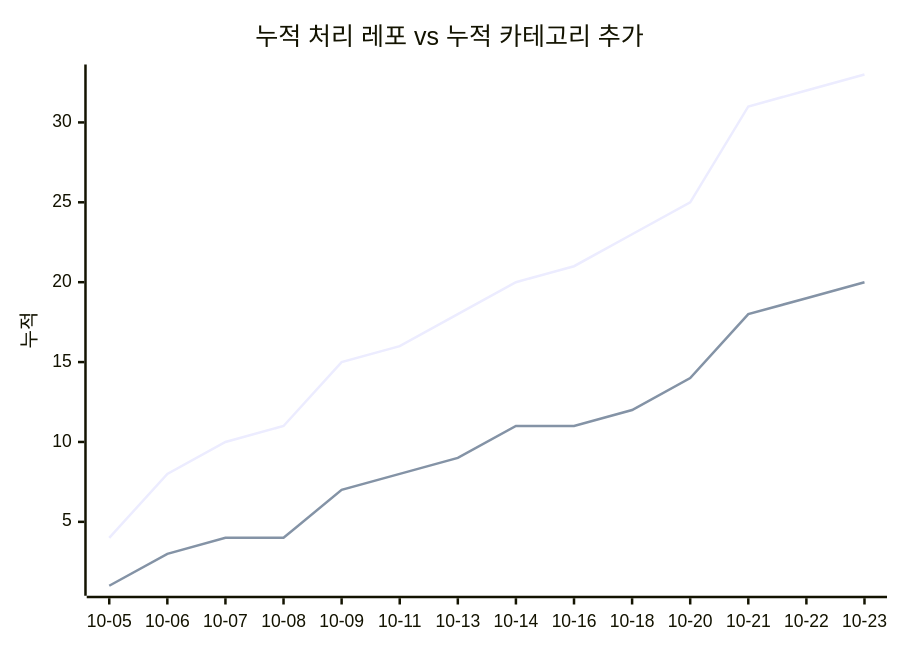
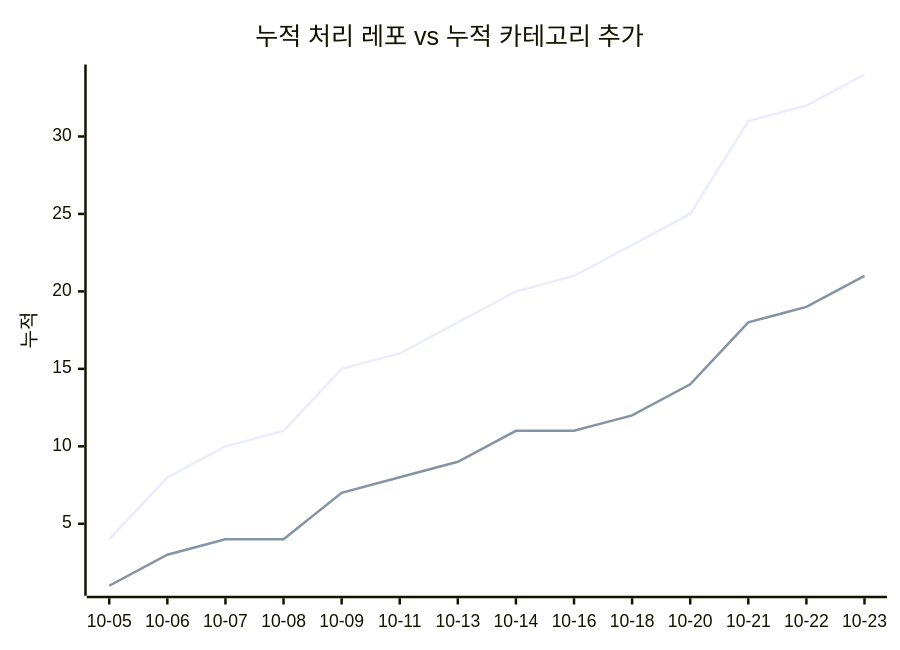
The second of 2 diagrams in docs/trends.md (J-nowcow/awesome-korean-agent-skills), drawn with Mermaid before and after one commit. The commit also changed other lines of this file and 4 other files, not shown here.

````diff
--- a/docs/trends.md
+++ b/docs/trends.md
@@ -68,8 +68,8 @@
 ```mermaid
 xychart-beta
     title "누적 처리 레포 vs 누적 카테고리 추가"
     x-axis ["10-05","10-06","10-07","10-08","10-09","10-11","10-13","10-14","10-16","10-18","10-20","10-21","10-22","10-23"]
     y-axis "누적"
-    line [4,8,10,11,15,16,18,20,21,23,25,31,32,33]
-    line [1,3,4,4,7,8,9,11,11,12,14,18,19,20]
+    line [4,8,10,11,15,16,18,20,21,23,25,31,32,34]
+    line [1,3,4,4,7,8,9,11,11,12,14,18,19,21]
 ```
````
